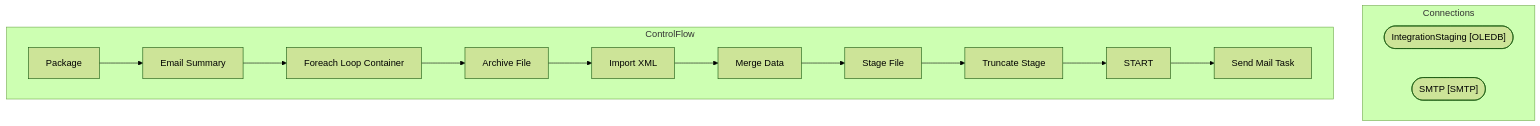
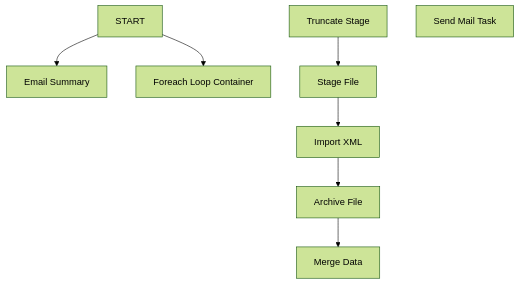
One commit to juanandresbrain/BABSkills changed the diagram in bab-docs-explorer/Documentation/STL-SSIS-P-01/SSIS/ERP/ERP_Validation_POReceipts.ERP_Validation_POReceipts.md. Above: the diagram before and after it, drawn with Mermaid (forest theme). The commit also changed other lines of this file and 273 other files, not shown here.

````diff
--- a/bab-docs-explorer/Documentation/STL-SSIS-P-01/SSIS/ERP/ERP_Validation_POReceipts.ERP_Validation_POReceipts.md
+++ b/bab-docs-explorer/Documentation/STL-SSIS-P-01/SSIS/ERP/ERP_Validation_POReceipts.ERP_Validation_POReceipts.md
@@ -9,28 +45,18 @@
 ```mermaid
 flowchart TD
-    subgraph Connections
-        IntegrationStaging_conn(["IntegrationStaging [OLEDB]"])
-        SMTP_conn(["SMTP [SMTP]"])
-    end
-    subgraph ControlFlow
-        Package_task["Package"]
-        Email_Summary_task["Email Summary"]
-        Package_task --> Email_Summary_task
-        Foreach_Loop_Container_task["Foreach Loop Container"]
-        Email_Summary_task --> Foreach_Loop_Container_task
-        Archive_File_task["Archive File"]
-        Foreach_Loop_Container_task --> Archive_File_task
-        Import_XML_task["Import XML"]
-        Archive_File_task --> Import_XML_task
-        Merge_Data_task["Merge Data"]
-        Import_XML_task --> Merge_Data_task
-        Stage_File_task["Stage File"]
-        Merge_Data_task --> Stage_File_task
-        Truncate_Stage_task["Truncate Stage"]
-        Stage_File_task --> Truncate_Stage_task
-        START_task["START"]
-        Truncate_Stage_task --> START_task
-        Send_Mail_Task_task["Send Mail Task"]
-        START_task --> Send_Mail_Task_task
-    end
+    n_Package_Email_Summary["Email Summary"]
+    n_Package_Foreach_Loop_Container["Foreach Loop Container"]
+    n_Package_Foreach_Loop_Container_Archive_File["Archive File"]
+    n_Package_Foreach_Loop_Container_Import_XML["Import XML"]
+    n_Package_Foreach_Loop_Container_Merge_Data["Merge Data"]
+    n_Package_Foreach_Loop_Container_Stage_File["Stage File"]
+    n_Package_Foreach_Loop_Container_Truncate_Stage["Truncate Stage"]
+    n_Package_START["START"]
+    n_Package_EventHandlers_OnError__Send_Mail_Task["Send Mail Task"]
+    n_Package_Foreach_Loop_Container_Stage_File --> n_Package_Foreach_Loop_Container_Import_XML
+    n_Package_Foreach_Loop_Container_Import_XML --> n_Package_Foreach_Loop_Container_Archive_File
+    n_Package_Foreach_Loop_Container_Archive_File --> n_Package_Foreach_Loop_Container_Merge_Data
+    n_Package_Foreach_Loop_Container_Truncate_Stage --> n_Package_Foreach_Loop_Container_Stage_File
+    n_Package_START --> n_Package_Foreach_Loop_Container
+    n_Package_START --> n_Package_Email_Summary
 ```
````
